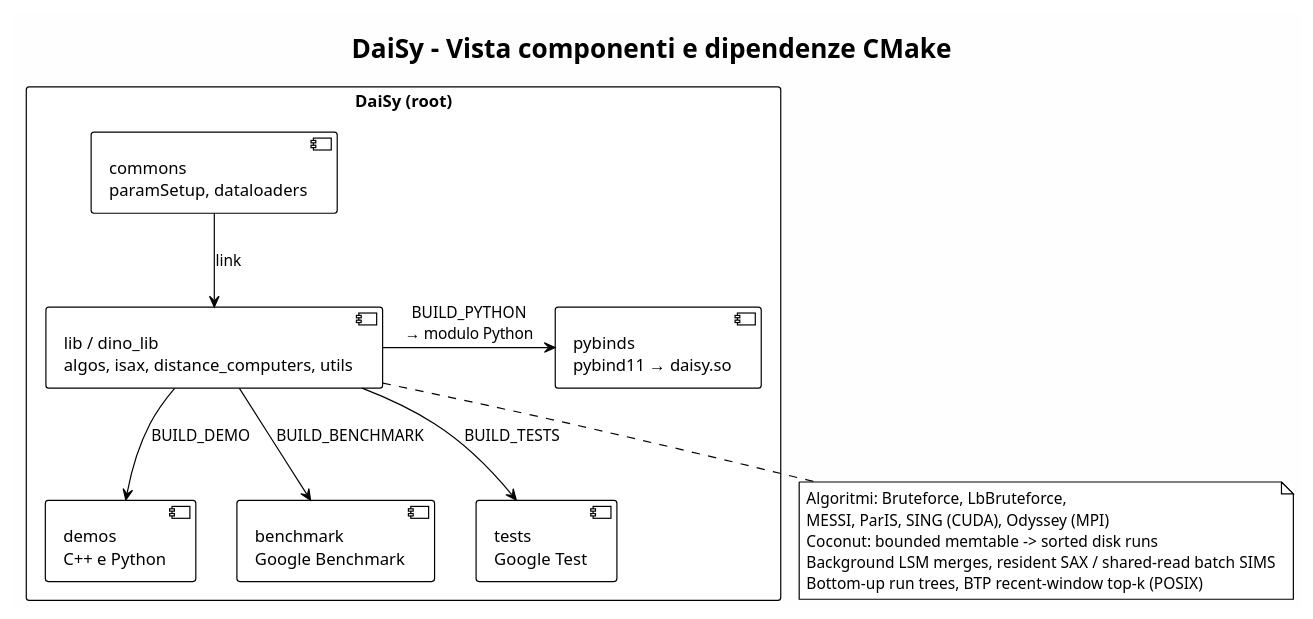
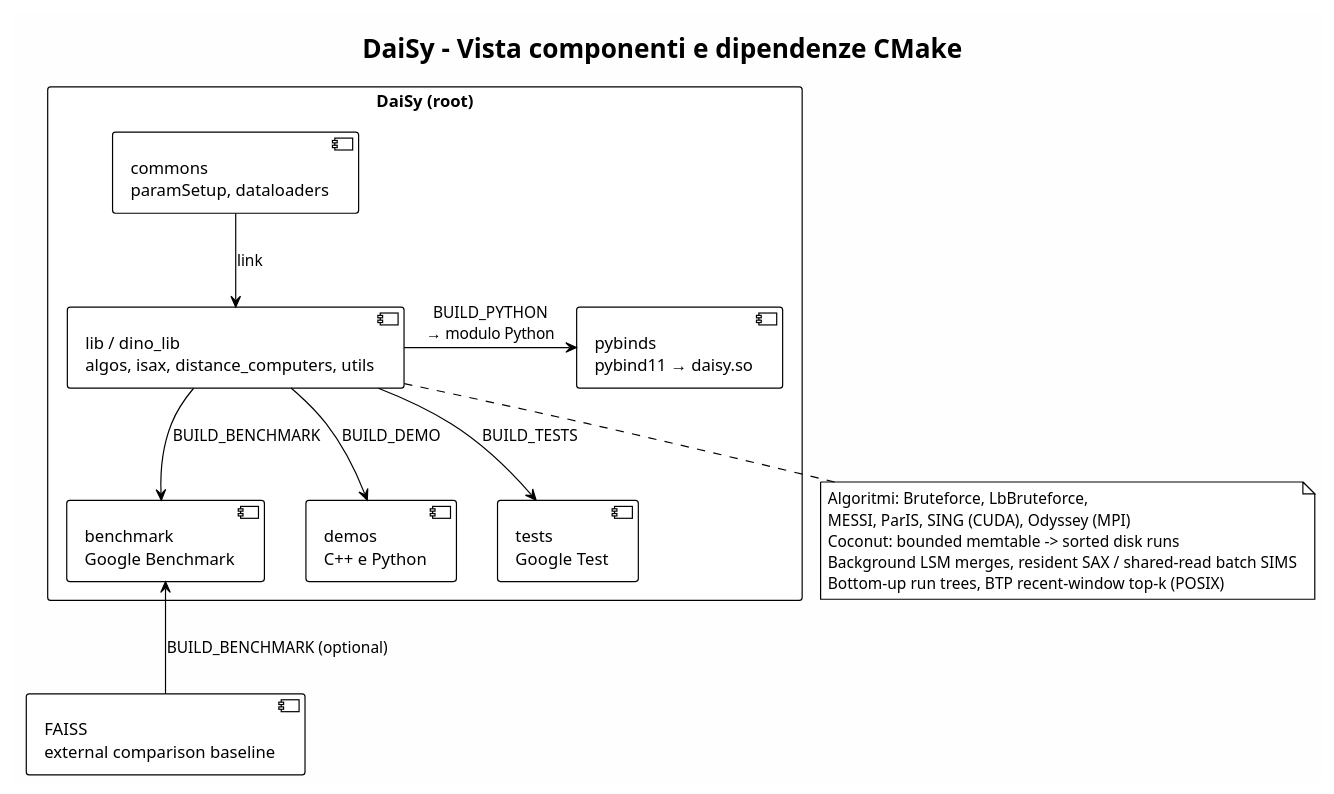
One commit to MChatzakis/DaiSy changed the diagram in docs/daisy-components.puml. Above: the diagram before and after it, drawn with PlantUML. The commit also changed 28 other files, not shown here.

```diff
--- a/docs/daisy-components.puml
+++ b/docs/daisy-components.puml
@@ -1,30 +1,33 @@
 @startuml DaiSy - Vista componenti (alto livello)
 !theme plain
 skinparam backgroundColor #FEFEFE
 
 title DaiSy - Vista componenti e dipendenze CMake
 
 rectangle "DaiSy (root)" {
     component [commons\nparamSetup, dataloaders] as commons
     component [lib / dino_lib\nalgos, isax, distance_computers, utils] as lib
     component [demos\nC++ e Python] as demos
     component [benchmark\nGoogle Benchmark] as benchmark
     component [tests\nGoogle Test] as tests
     component [pybinds\npybind11 → daisy.so] as pybinds
 }
+
+component [FAISS\nexternal comparison baseline] as faiss
+faiss -up-> benchmark : BUILD_BENCHMARK (optional)
 
 commons -down-> lib : link
 lib -down-> demos : BUILD_DEMO
 lib -down-> benchmark : BUILD_BENCHMARK
 lib -down-> tests : BUILD_TESTS
 lib -right-> pybinds : BUILD_PYTHON\n→ modulo Python
 
 note bottom of lib
   Algoritmi: Bruteforce, LbBruteforce,
   MESSI, ParIS, SING (CUDA), Odyssey (MPI)
   Coconut: bounded memtable -> sorted disk runs
   Background LSM merges, resident SAX / shared-read batch SIMS
   Bottom-up run trees, BTP recent-window top-k (POSIX)
 end note
 
 @enduml
```
